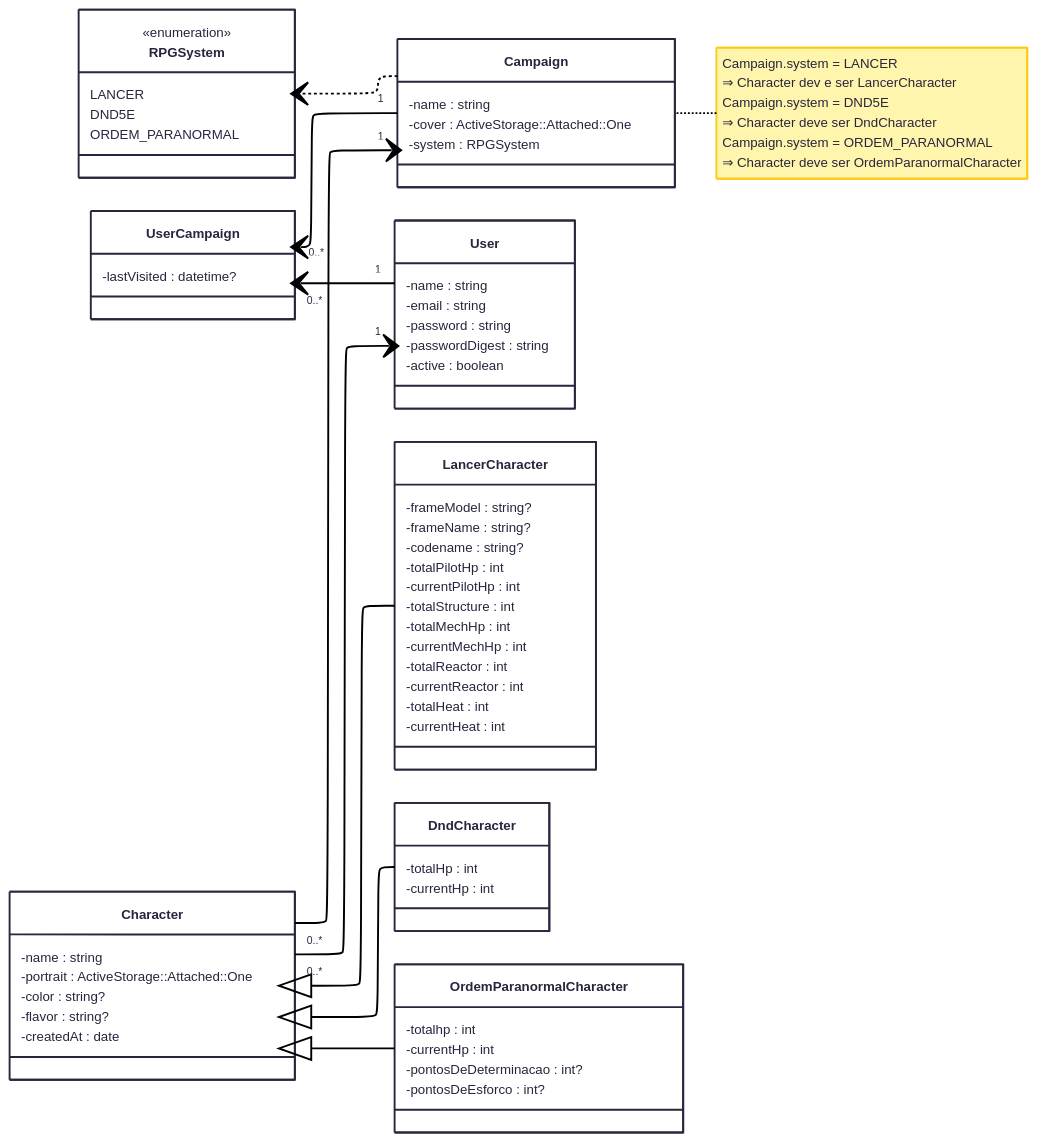
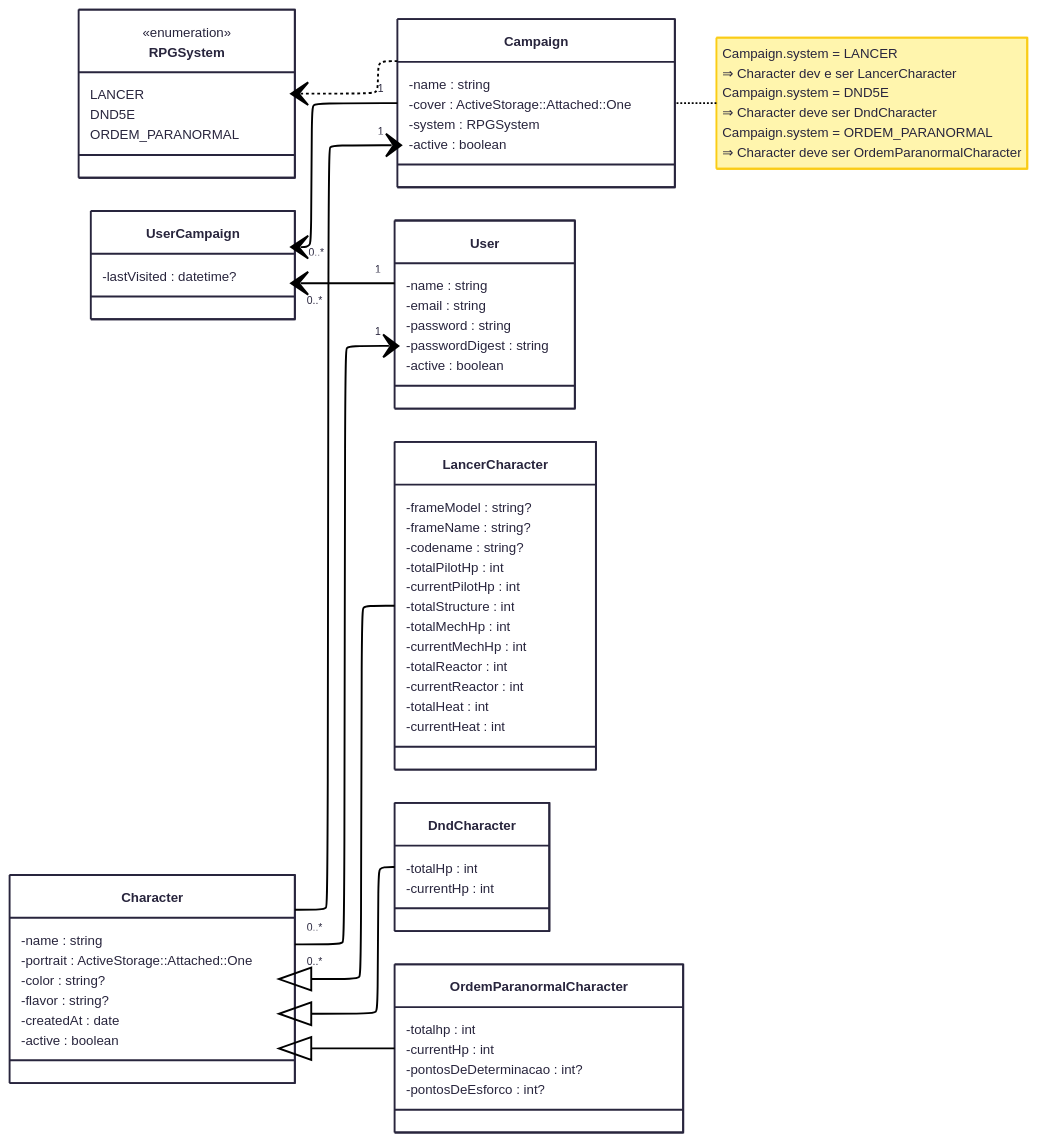
Before and after one commit to SasaDeAraki/icosaedro-magico-dashboard-api: the diagram in UML.md, drawn with Mermaid. The commit also changed 10 other files, not shown here.

```diff
--- a/UML.md
+++ b/UML.md
@@ -17,6 +17,7 @@
 	    -name : string
         -cover : ActiveStorage::Attached::One
 	    -system : RPGSystem
+        -active : boolean
     }
 
     note for Campaign "
@@ -48,6 +49,7 @@
 	    -color : string?
 	    -flavor : string?
 	    -createdAt : date
+        -active : boolean
     }
 
     class LancerCharacter {
```
